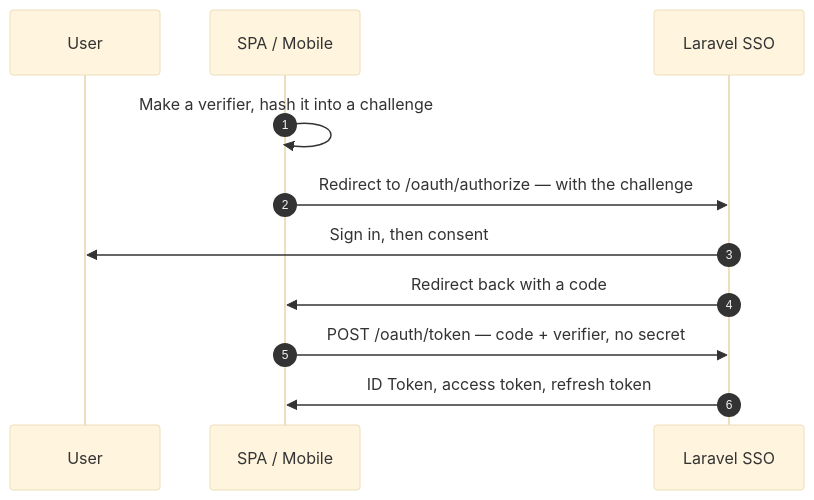
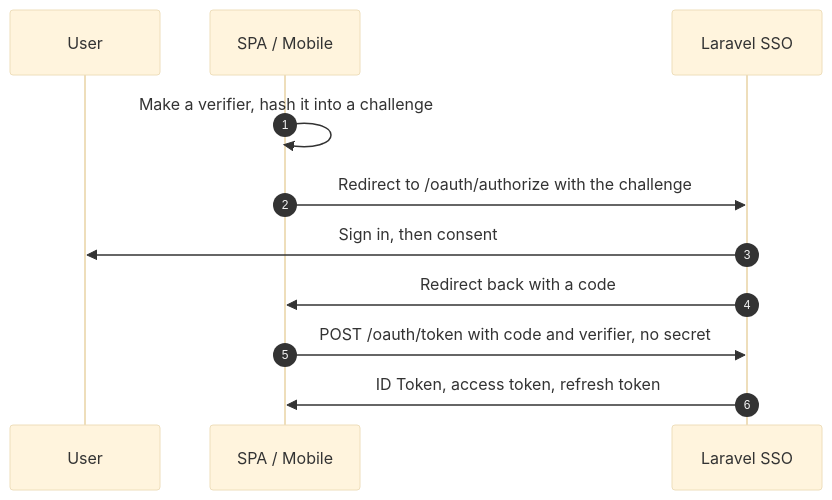
One commit to lauroguedes/laravel-sso changed the second of 3 diagrams in docs/development/architecture.md. Above: the diagram before and after it, drawn with Mermaid (base theme). The commit also changed other lines of this file and 24 other files, not shown here.

````diff
--- a/docs/development/architecture.md
+++ b/docs/development/architecture.md
@@ -46,13 +46,13 @@
 ```mermaid
 sequenceDiagram
     autonumber
     participant U as User
     participant A as SPA / Mobile
     participant S as Laravel SSO
     A->>A: Make a verifier, hash it into a challenge
-    A->>S: Redirect to /oauth/authorize — with the challenge
+    A->>S: Redirect to /oauth/authorize with the challenge
     S->>U: Sign in, then consent
     S->>A: Redirect back with a code
-    A->>S: POST /oauth/token — code + verifier, no secret
+    A->>S: POST /oauth/token with code and verifier, no secret
     S->>A: ID Token, access token, refresh token
 ```
````
